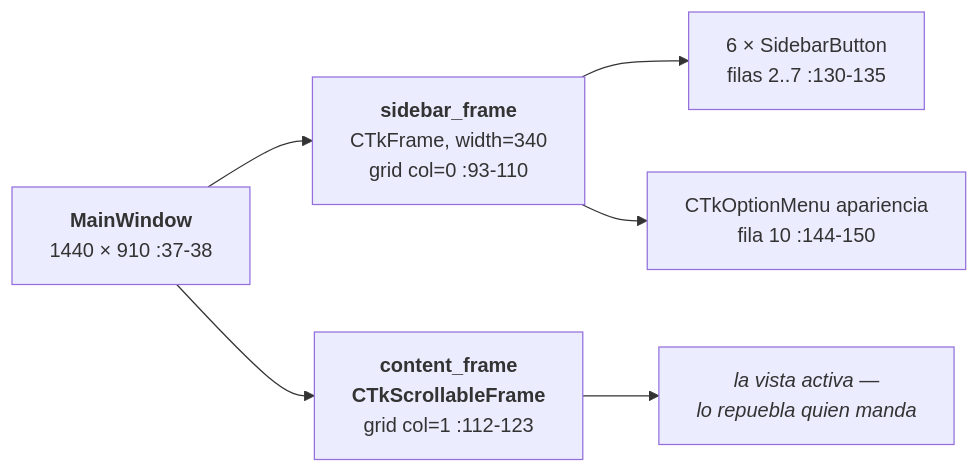
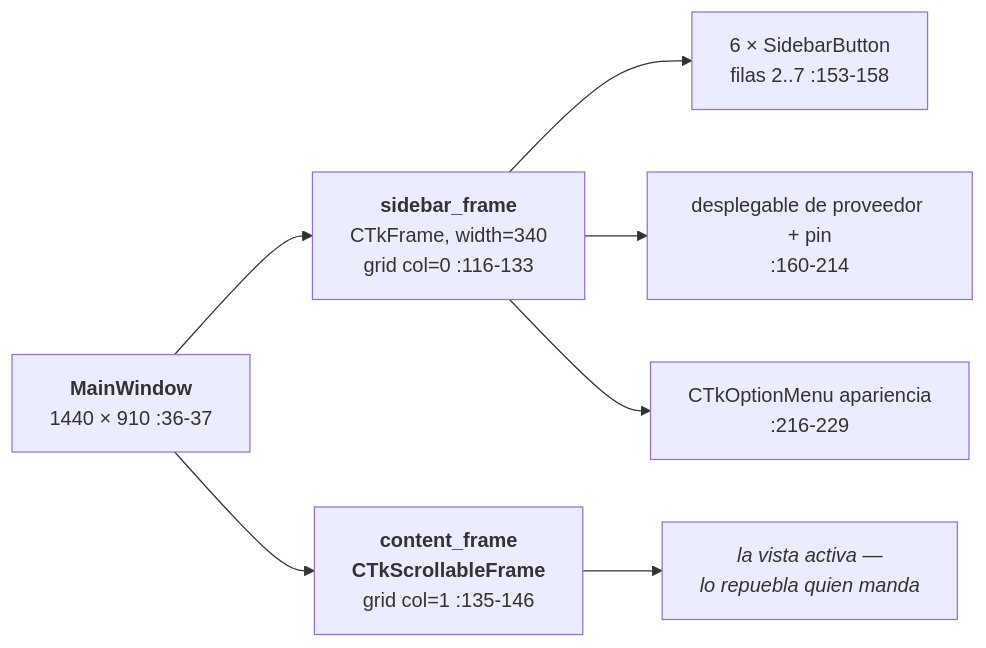
The first of 2 diagrams in .claude/docs/06-gui-y-vistas.md (DavidEscri/BibliotecaAnime), drawn with Mermaid before and after one commit. The commit also changed other lines of this file and 15 other files, not shown here.

````diff
--- a/.claude/docs/06-gui-y-vistas.md
+++ b/.claude/docs/06-gui-y-vistas.md
@@ -19,11 +19,12 @@
 ```mermaid
 graph LR
-    MW["<b>MainWindow</b><br/>1440 × 910 :37-38"]
-    SB["<b>sidebar_frame</b><br/>CTkFrame, width=340<br/>grid col=0 :93-110"]
-    CF["<b>content_frame</b><br/><b>CTkScrollableFrame</b><br/>grid col=1 :112-123"]
+    MW["<b>MainWindow</b><br/>1440 × 910 :36-37"]
+    SB["<b>sidebar_frame</b><br/>CTkFrame, width=340<br/>grid col=0 :116-133"]
+    CF["<b>content_frame</b><br/><b>CTkScrollableFrame</b><br/>grid col=1 :135-146"]
     MW --> SB
     MW --> CF
-    SB --> B1["6 × SidebarButton<br/>filas 2..7 :130-135"]
-    SB --> B2["CTkOptionMenu apariencia<br/>fila 10 :144-150"]
+    SB --> B1["6 × SidebarButton<br/>filas 2..7 :153-158"]
+    SB --> B2["desplegable de proveedor + pin<br/>:160-214"]
+    SB --> B3["CTkOptionMenu apariencia<br/>:216-229"]
     CF --> V["<i>la vista activa —<br/>lo repuebla quien manda</i>"]
 ```
````
